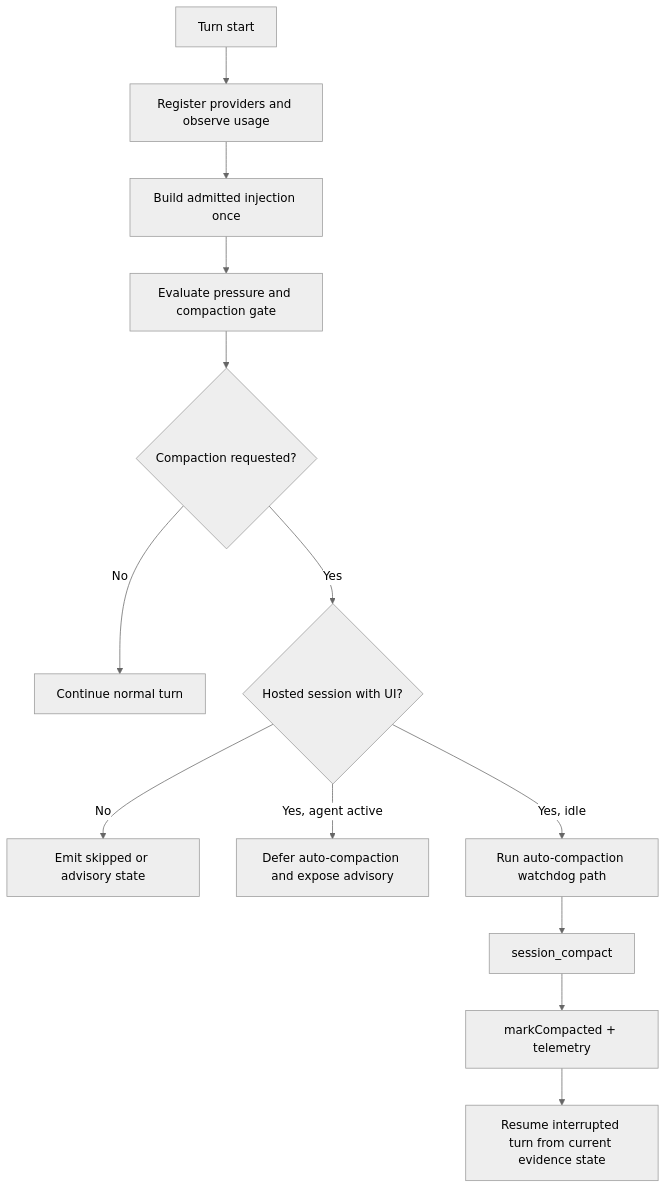
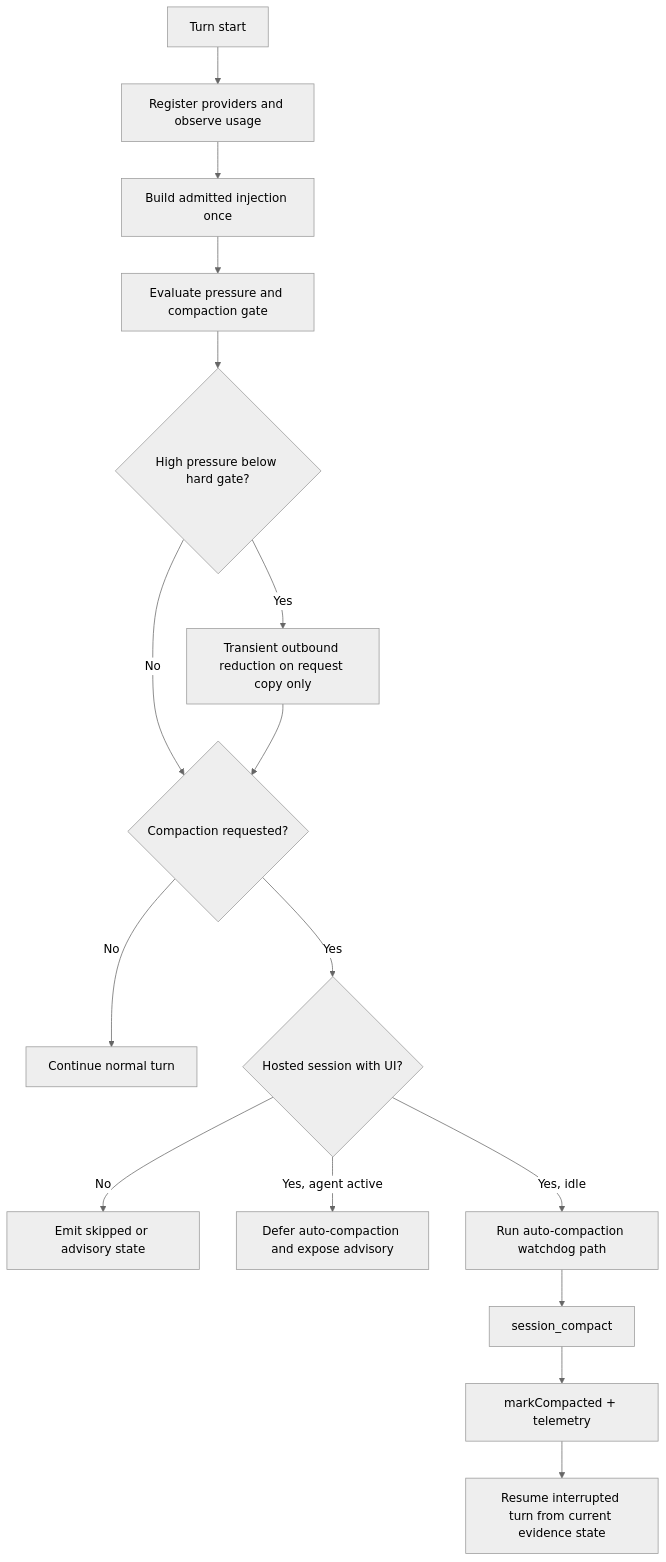
The diagram in docs/journeys/internal/context-and-compaction.md (arcthur/brewva), drawn with Mermaid (neutral theme) before and after one commit. The commit also changed other lines of this file and 33 other files, not shown here.

````diff
--- a/docs/journeys/internal/context-and-compaction.md
+++ b/docs/journeys/internal/context-and-compaction.md
@@ -39,15 +39,18 @@
 ```mermaid
 flowchart TD
   A["Turn start"] --> B["Register providers and observe usage"]
   B --> C["Build admitted injection once"]
   C --> D["Evaluate pressure and compaction gate"]
-  D --> E{"Compaction requested?"}
+  D --> R{"High pressure below hard gate?"}
+  R -->|Yes| S["Transient outbound reduction on request copy only"]
+  R -->|No| E{"Compaction requested?"}
+  S --> E
   E -->|No| F["Continue normal turn"]
   E -->|Yes| G{"Hosted session with UI?"}
   G -->|No| H["Emit skipped or advisory state"]
   G -->|Yes, agent active| I["Defer auto-compaction and expose advisory"]
   G -->|Yes, idle| J["Run auto-compaction watchdog path"]
   J --> K["session_compact"]
   K --> L["markCompacted + telemetry"]
   L --> M["Resume interrupted turn from current evidence state"]
 ```
````
